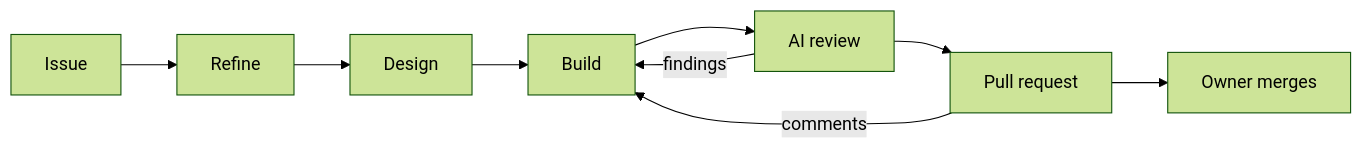
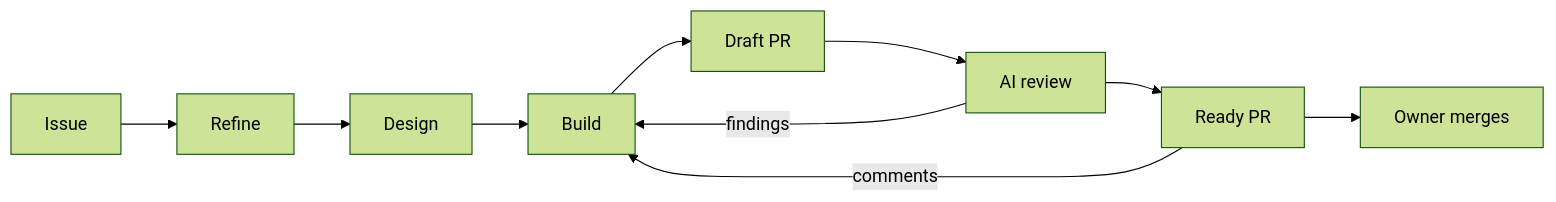
One commit to dennis-kaminski-cp/rotation-tracker changed the diagram in README.md. Above: the diagram before and after it, drawn with Mermaid (forest theme). The commit also changed 6 other files, not shown here.

````diff
--- a/README.md
+++ b/README.md
@@ -31,11 +31,12 @@
 ```mermaid
 flowchart LR
     issue["Issue"] --> refine["Refine"]
     refine --> design["Design"]
     design --> build["Build"]
-    build --> review["AI review"]
+    build --> draft["Draft PR"]
+    draft --> review["AI review"]
     review -->|"findings"| build
-    review --> pr["Pull request"]
+    review --> pr["Ready PR"]
     pr --> merge["Owner merges"]
     pr -->|"comments"| build
 ```
````
